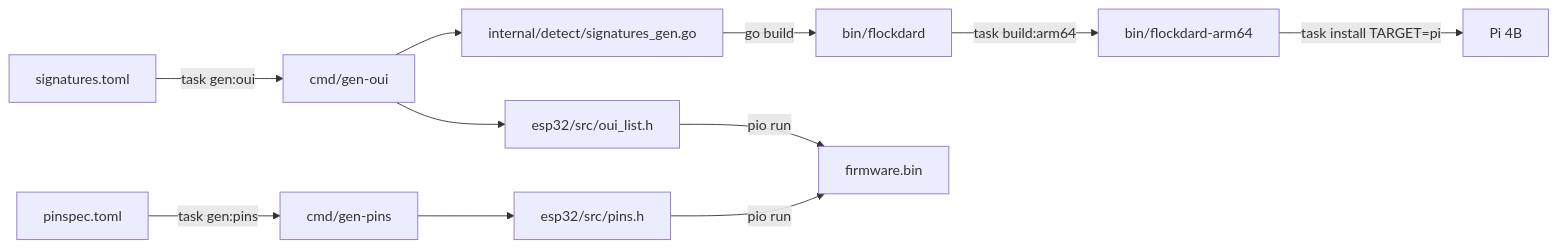
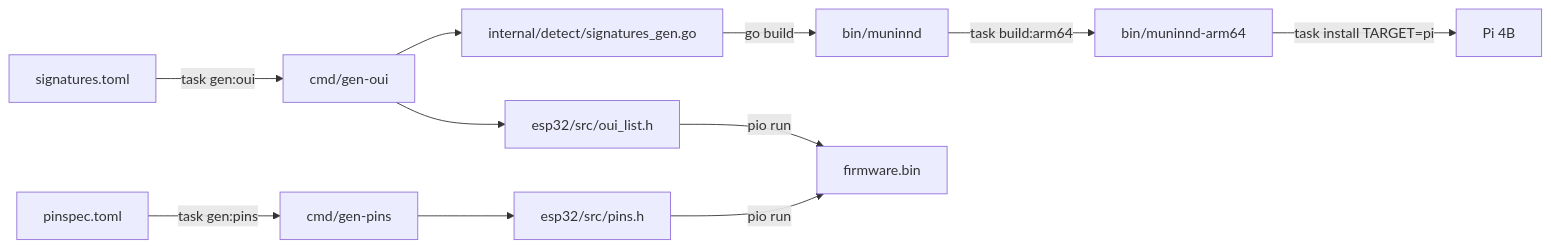
One commit to thehappydinoa/flockdar changed the seventh of 7 diagrams in docs/architecture.md. Above: the diagram before and after it, drawn with Mermaid. The commit also changed other lines of this file and 13 other files, not shown here.

````diff
--- a/docs/architecture.md
+++ b/docs/architecture.md
@@ -216,15 +216,15 @@
 ```mermaid
 flowchart LR
     TOML[signatures.toml] -->|task gen:oui| GENOUI[cmd/gen-oui]
     GENOUI --> OUI[esp32/src/oui_list.h]
     GENOUI --> SGEN[internal/detect/signatures_gen.go]
 
     PINTOML[pinspec.toml] -->|task gen:pins| GENPINS[cmd/gen-pins]
     GENPINS --> PINS[esp32/src/pins.h]
 
-    SGEN -->|go build| DAEMON[bin/flockdard]
+    SGEN -->|go build| DAEMON[bin/muninnd]
     OUI & PINS -->|pio run| FW[firmware.bin]
 
-    DAEMON -->|task build:arm64| ARM[bin/flockdard-arm64]
+    DAEMON -->|task build:arm64| ARM[bin/muninnd-arm64]
     ARM -->|task install TARGET=pi| PI[Pi 4B]
 ```
````
